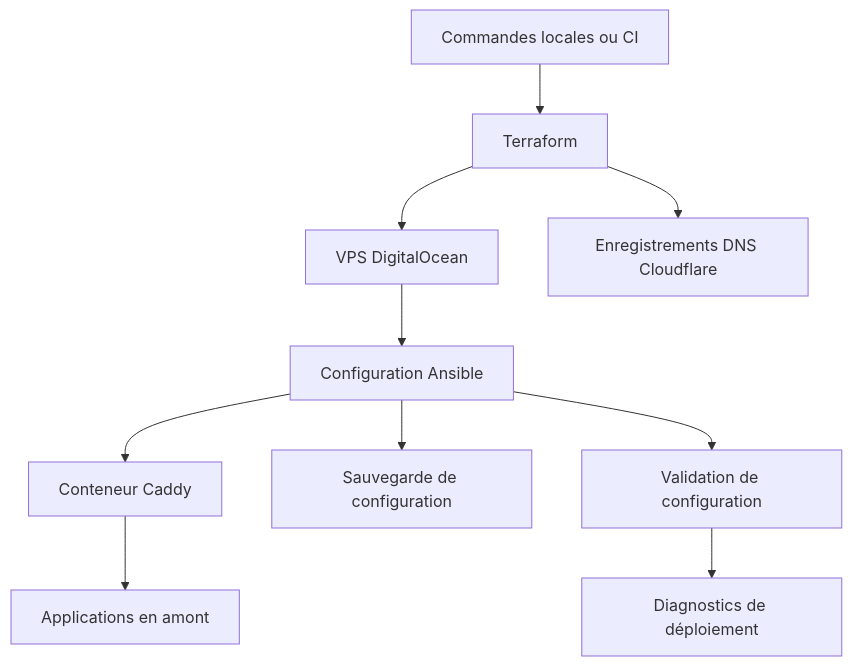
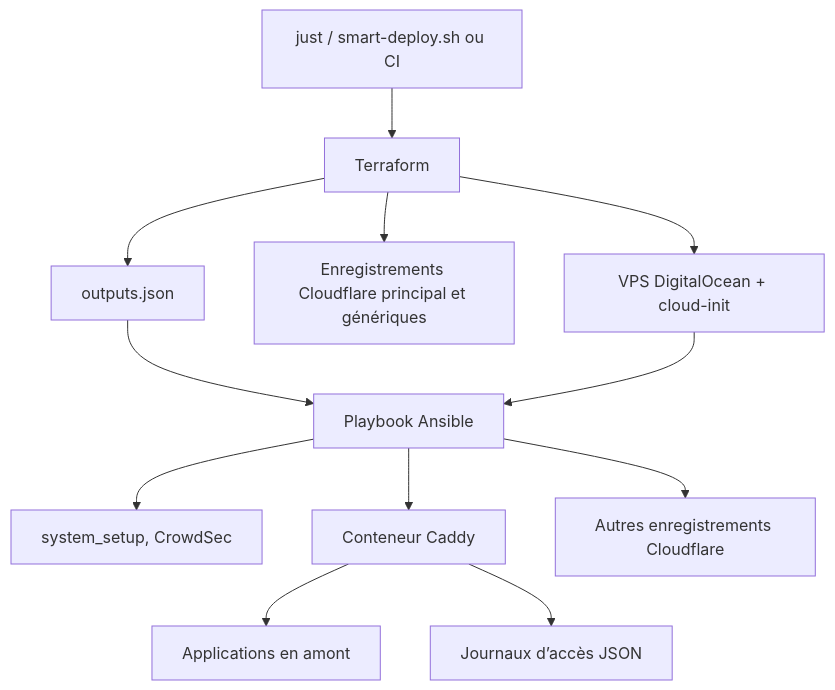
One commit to antoinebou12/CV changed the diagram in hugo/content/posts/reverse-proxy-infrastructure/index.fr.md. Above: the diagram before and after it, drawn with Mermaid. The commit also changed other lines of this file and 9 other files, not shown here.

````diff
--- a/hugo/content/posts/reverse-proxy-infrastructure/index.fr.md
+++ b/hugo/content/posts/reverse-proxy-infrastructure/index.fr.md
@@ -23,12 +28,14 @@
 ```mermaid
 flowchart TD
-  A[Commandes locales ou CI] --> T[Terraform]
-  T --> V[VPS DigitalOcean]
-  T --> D[Enregistrements DNS Cloudflare]
-  V --> N[Configuration Ansible]
+  A[just / smart-deploy.sh ou CI] --> T[Terraform]
+  T --> V[VPS DigitalOcean + cloud-init]
+  T --> D[Enregistrements Cloudflare principal et génériques]
+  T --> O[outputs.json]
+  O --> N[Playbook Ansible]
+  V --> N
+  N --> S[system_setup, CrowdSec]
   N --> C[Conteneur Caddy]
-  C --> S[Applications en amont]
-  N --> B[Sauvegarde de configuration]
-  N --> Q[Validation de configuration]
-  Q --> H[Diagnostics de déploiement]
+  N --> R[Autres enregistrements Cloudflare]
+  C --> U[Applications en amont]
+  C --> L[Journaux d’accès JSON]
 ```
````
